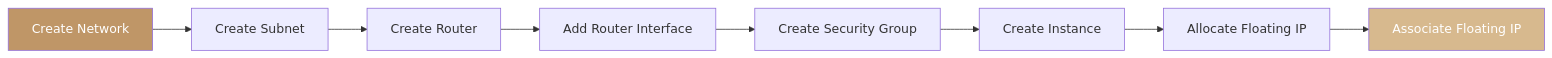
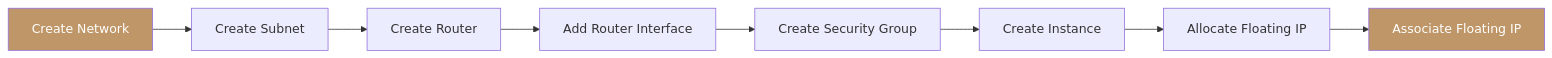
Before and after one commit to ankur-kumar87/docs-polystack: the diagram in services/networking/user-guide.mdx, drawn with Mermaid. The commit also changed 186 other files, not shown here.

````diff
--- a/services/networking/user-guide.mdx
+++ b/services/networking/user-guide.mdx
@@ -74,12 +74,12 @@
 ```mermaid
 graph LR
     A[Create Network] --> B[Create Subnet]
     B --> C[Create Router]
     C --> D[Add Router Interface]
     D --> E[Create Security Group]
     E --> F[Create Instance]
     F --> G[Allocate Floating IP]
     G --> H[Associate Floating IP]
     style A fill:#bf9667,color:#fff
-    style H fill:#d7b98e,color:#fff
+    style H fill:#bf9667,color:#fff
 ```
````
